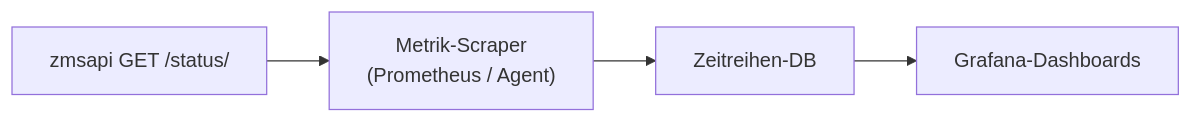
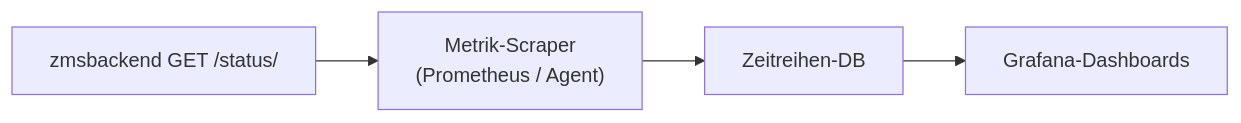
Before and after one commit to it-at-m/eappointment: the diagram in docs/de/operations/monitoring-and-status.md, drawn with Mermaid. The commit also changed other lines of this file and 32 other files, not shown here.

````diff
--- a/docs/de/operations/monitoring-and-status.md
+++ b/docs/de/operations/monitoring-and-status.md
@@ -65,9 +65,9 @@
 ```mermaid
 flowchart LR
-  zmsapi["zmsapi GET /status/"]
+  zmsbackend["zmsbackend GET /status/"]
   scraper["Metrik-Scraper\n(Prometheus / Agent)"]
   tsdb["Zeitreihen-DB"]
   grafana["Grafana-Dashboards"]
 
-  zmsapi --> scraper --> tsdb --> grafana
+  zmsbackend --> scraper --> tsdb --> grafana
 ```
````
